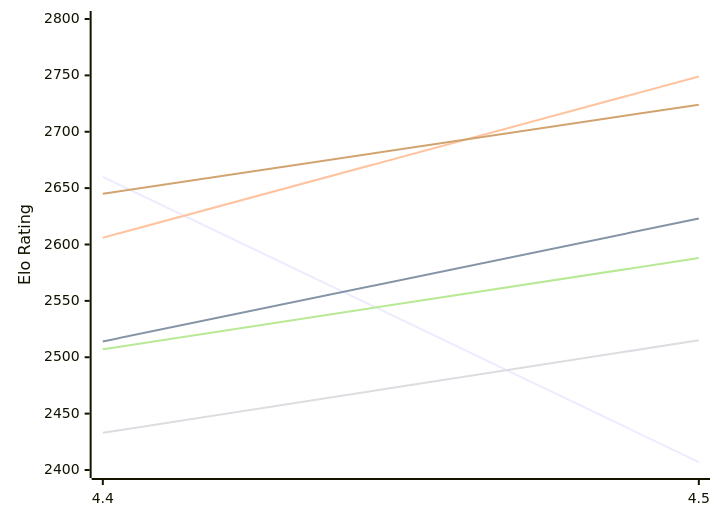
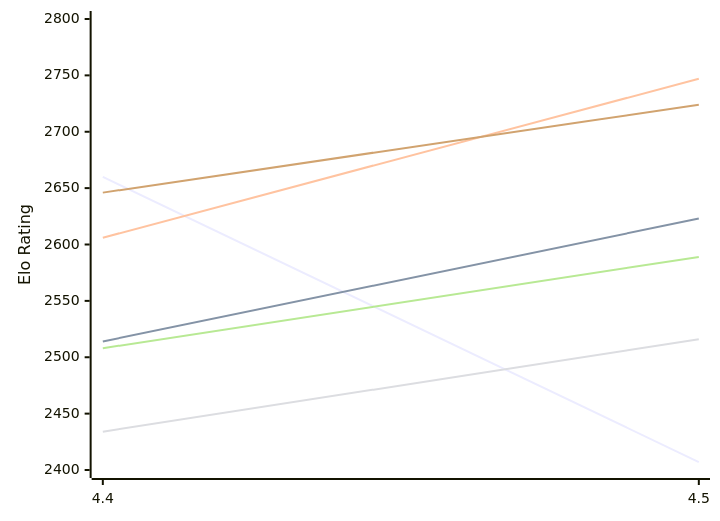
One commit to computer-chess-index/cci changed the first of 2 diagrams in engines/Eubos.md. Above: the diagram before and after it, drawn with Mermaid. The commit also changed other lines of this file, not shown here.

Commit message:
Update CCI Ratings (ELO VLTC) - 2026-11-28

````diff
--- a/engines/Eubos.md
+++ b/engines/Eubos.md
@@ -52,12 +52,12 @@
 ```mermaid
 %%{init: {"theme":"base","themeVariables":{"seriesColors:['#a3a3a3','#222221','#faa371']}}}%%
 xychart-beta
   x-axis ["4.4", "4.5"]
   y-axis "Elo Rating" 2400 --> 2800
   line "E1: STC (8.0+0.08s)" [2660, 2407]
   line "E1: LTC (60.0+0.60s)" [2514, 2623]
-  line "E1: VLTC (2m24s+1.12s)" [2606, 2749]
-  line "P1: STC (8.0+0.08s)" [2433, 2515]
-  line "P1: LTC (60.0+0.60s)" [2507, 2588]
-  line "P1: VLTC (2m24s+1.12s)" [2645, 2724]
+  line "E1: VLTC (2m24s+1.12s)" [2606, 2747]
+  line "P1: STC (8.0+0.08s)" [2434, 2516]
+  line "P1: LTC (60.0+0.60s)" [2508, 2589]
+  line "P1: VLTC (2m24s+1.12s)" [2646, 2724]
 ```
````
